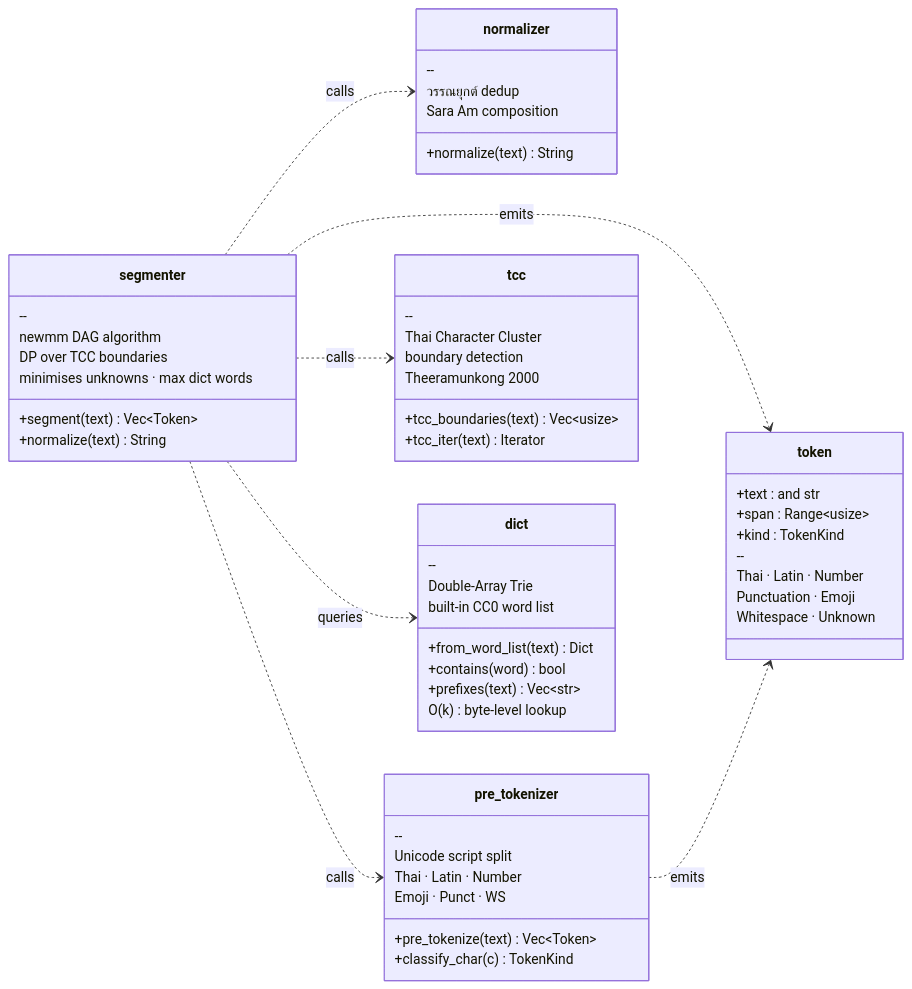
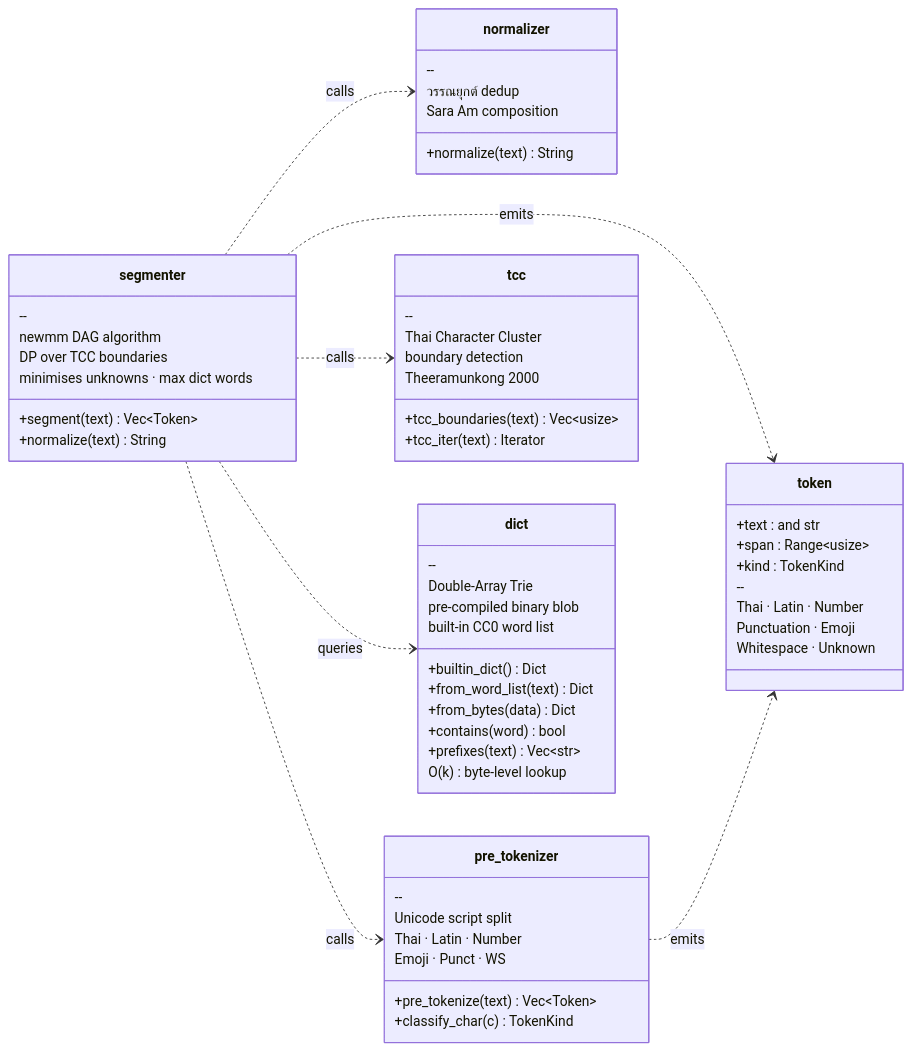
Before and after one commit to preedep/kham: the second of 5 diagrams in README.md, drawn with Mermaid. The commit also changed other lines of this file and 6 other files, not shown here.

Commit message:
Precompile built-in dictionary as a binary DARTS blob

````diff
--- a/README.md
+++ b/README.md
@@ -196,65 +205,68 @@
 ```mermaid
 classDiagram
     direction LR
 
     class normalizer {
         +normalize(text) String
         --
         วรรณยุกต์ dedup
         Sara Am composition
     }
 
     class pre_tokenizer {
         +pre_tokenize(text) Vec~Token~
         +classify_char(c) TokenKind
         --
         Unicode script split
         Thai · Latin · Number
         Emoji · Punct · WS
     }
 
     class tcc {
         +tcc_boundaries(text) Vec~usize~
         +tcc_iter(text) Iterator
         --
         Thai Character Cluster
         boundary detection
         Theeramunkong 2000
     }
 
     class dict {
+        +builtin_dict() Dict
         +from_word_list(text) Dict
+        +from_bytes(data) Dict
         +contains(word) bool
         +prefixes(text) Vec~str~
         --
         Double-Array Trie
         O(k) byte-level lookup
+        pre-compiled binary blob
         built-in CC0 word list
     }
 
     class segmenter {
         +segment(text) Vec~Token~
         +normalize(text) String
         --
         newmm DAG algorithm
         DP over TCC boundaries
         minimises unknowns · max dict words
     }
 
     class token {
         +text : and str
         +span : Range~usize~
         +kind : TokenKind
         --
         Thai · Latin · Number
         Punctuation · Emoji
         Whitespace · Unknown
     }
 
     segmenter ..> normalizer : calls
     segmenter ..> pre_tokenizer : calls
     segmenter ..> tcc : calls
     segmenter ..> dict : queries
     segmenter ..> token : emits
     pre_tokenizer ..> token : emits
 ```
````
